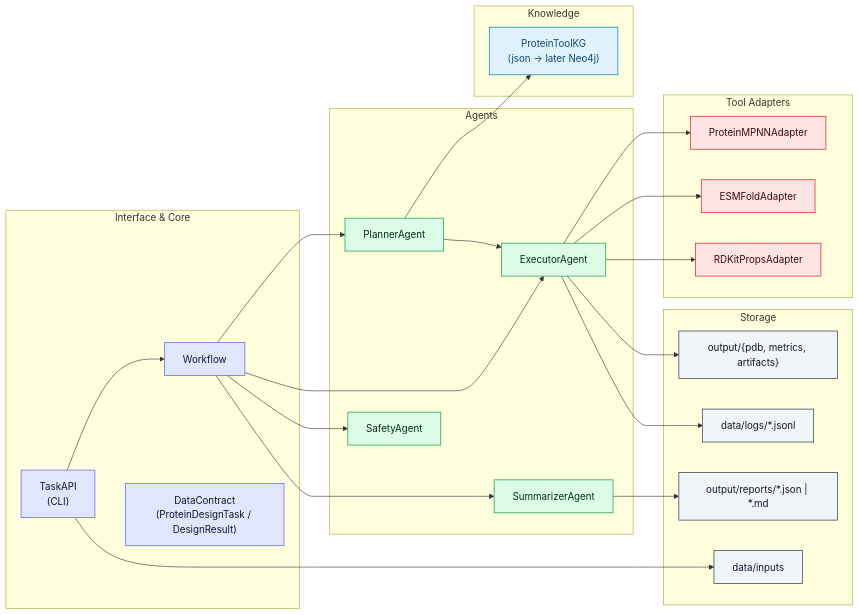
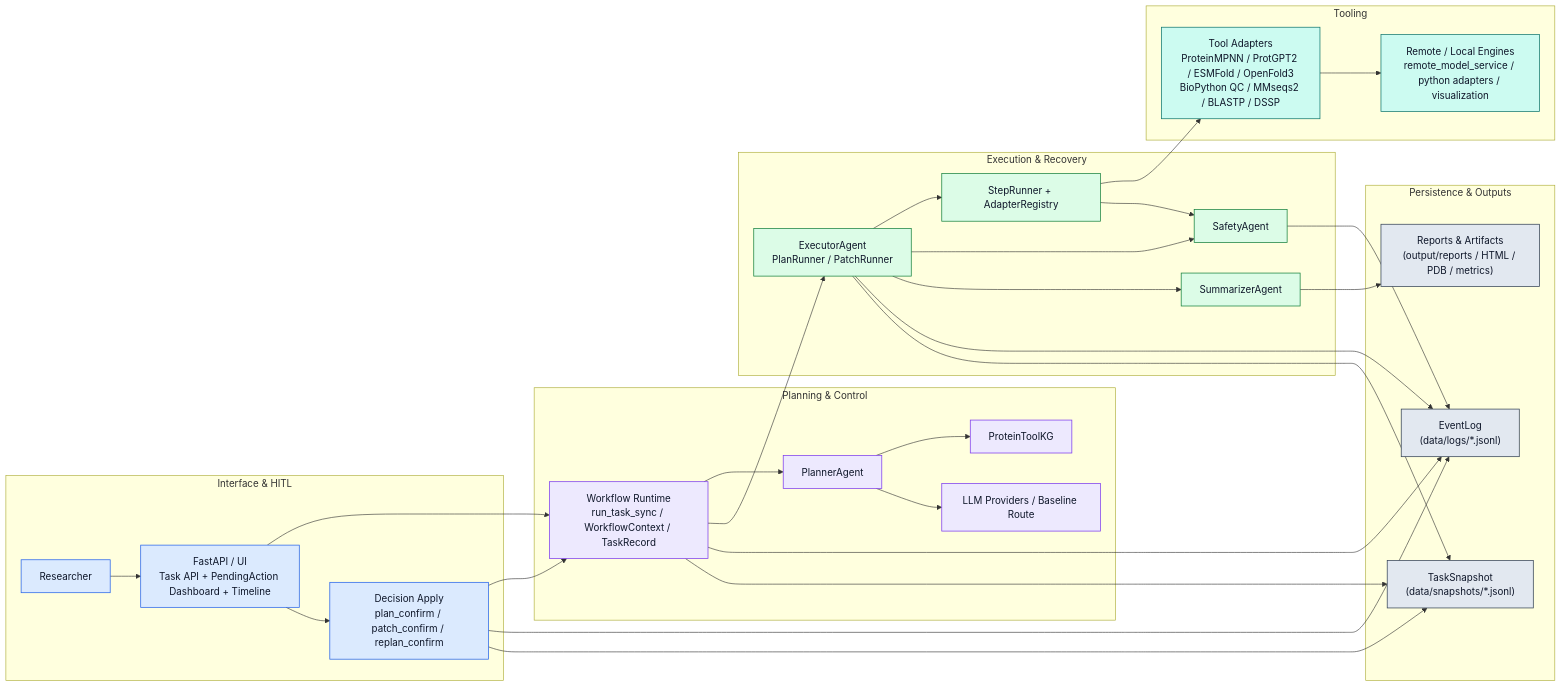
The diagram in docs/design/diagrams/component-views.mmd (Yuri-Kon/thesis-project), drawn with Mermaid before and after one commit. The commit also changed 5 other files, not shown here.

Commit message:
feat:update diagram

```diff
--- a/docs/design/diagrams/component-views.mmd
+++ b/docs/design/diagrams/component-views.mmd
@@ -1,60 +1,70 @@
-graph LR
-subgraph "Interface & Core"
-  TA["TaskAPI\n(CLI)"]
-  WF[Workflow]
-  DC["DataContract\n(ProteinDesignTask / DesignResult)"]
+flowchart LR
+
+subgraph I["Interface & HITL"]
+  U["Researcher"]
+  API["FastAPI / UI\nTask API + PendingAction Dashboard + Timeline"]
+  DA["Decision Apply\nplan_confirm / patch_confirm / replan_confirm"]
 end
 
-subgraph "Agents"
-  PL[PlannerAgent]
-  EX[ExecutorAgent]
-  SA[SafetyAgent]
-  SU[SummarizerAgent]
+subgraph C["Planning & Control"]
+  WF["Workflow Runtime\nrun_task_sync / WorkflowContext / TaskRecord"]
+  PL["PlannerAgent"]
+  KG["ProteinToolKG"]
+  LLM["LLM Providers / Baseline Route"]
 end
 
-subgraph "Tool Adapters"
-  MPN[ProteinMPNNAdapter]
-  ESM[ESMFoldAdapter]
-  RDK[RDKitPropsAdapter]
+subgraph E["Execution & Recovery"]
+  EX["ExecutorAgent\nPlanRunner / PatchRunner"]
+  SR["StepRunner + AdapterRegistry"]
+  SA["SafetyAgent"]
+  SU["SummarizerAgent"]
 end
 
-subgraph "Knowledge"
-  KG["ProteinToolKG\n(json → later Neo4j)"]
+subgraph T["Tooling"]
+  TA["Tool Adapters\nProteinMPNN / ProtGPT2 / ESMFold / OpenFold3\nBioPython QC / MMseqs2 / BLASTP / DSSP"]
+  RE["Remote / Local Engines\nremote_model_service / python adapters / visualization"]
 end
 
-subgraph "Storage"
-  REP["output/reports/*.json | *.md"]
-  ART["output/{pdb, metrics, artifacts}"]
-  LOG["data/logs/*.jsonl"]
-  INP["data/inputs"]
+subgraph P["Persistence & Outputs"]
+  LOG["EventLog\n(data/logs/*.jsonl)"]
+  SNAP["TaskSnapshot\n(data/snapshots/*.jsonl)"]
+  OUT["Reports & Artifacts\n(output/reports / HTML / PDB / metrics)"]
 end
 
-TA --> WF
+U --> API
+API --> WF
+API --> DA
+DA --> WF
+
 WF --> PL
+PL --> KG
+PL --> LLM
 WF --> EX
-WF --> SA
-WF --> SU
 
-PL --> KG
-PL --> EX
+EX --> SR
+SR --> TA
+TA --> RE
+SR --> SA
+EX --> SA
+EX --> SU
 
-EX --> MPN
-EX --> ESM
-EX --> RDK
+WF --> LOG
+WF --> SNAP
+EX --> LOG
+EX --> SNAP
+SU --> OUT
+SA --> LOG
+DA --> LOG
+DA --> SNAP
 
-SU --> REP
-EX --> ART
-EX --> LOG
-TA --> INP
+classDef interface fill:#DBEAFE,stroke:#2563EB,stroke-width:1.2px,color:#0F172A;
+classDef control fill:#EDE9FE,stroke:#7C3AED,stroke-width:1.2px,color:#0F172A;
+classDef exec fill:#DCFCE7,stroke:#15803D,stroke-width:1.2px,color:#0F172A;
+classDef tooling fill:#CCFBF1,stroke:#0F766E,stroke-width:1.2px,color:#0F172A;
+classDef storage fill:#E2E8F0,stroke:#334155,stroke-width:1.2px,color:#0F172A;
 
-classDef core fill:#E0E7FF,stroke:#6366F1,stroke-width:1.2px,color:#111827;
-classDef agent fill:#DCFCE7,stroke:#16A34A,stroke-width:1.2px,color:#052e16;
-classDef adapter fill:#FFE4E6,stroke:#DC2626,stroke-width:1.2px,color:#450a0a;
-classDef knowledge fill:#E0F2FE,stroke:#0284C7,stroke-width:1.2px,color:#0c4a6e;
-classDef storage fill:#F1F5F9,stroke:#334155,stroke-width:1.2px,color:#0f172a;
-
-class TA,WF,DC core;
-class PL,EX,SA,SU agent;
-class MPN,ESM,RDK adapter;
-class KG knowledge;
-class REP,ART,LOG,INP storage;
+class U,API,DA interface;
+class WF,PL,KG,LLM control;
+class EX,SR,SA,SU exec;
+class TA,RE tooling;
+class LOG,SNAP,OUT storage;
```
